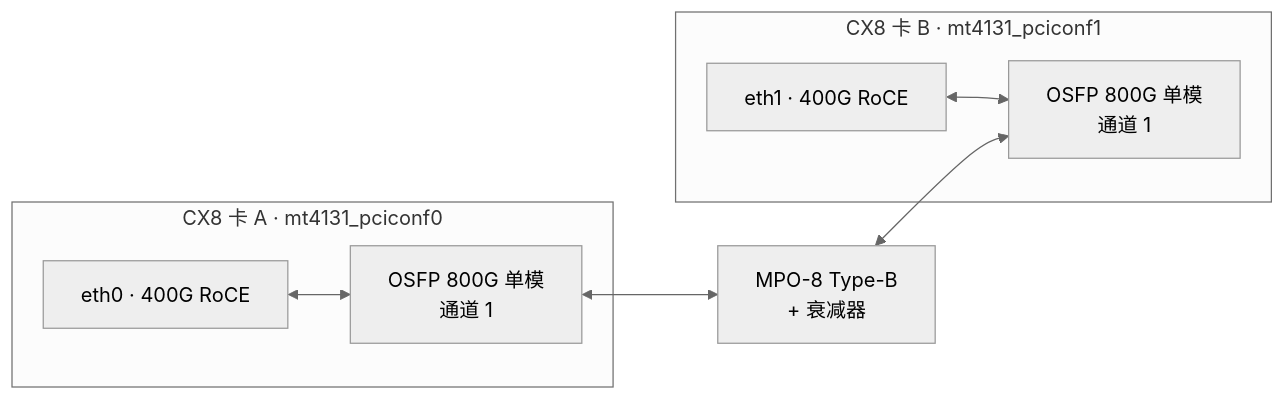
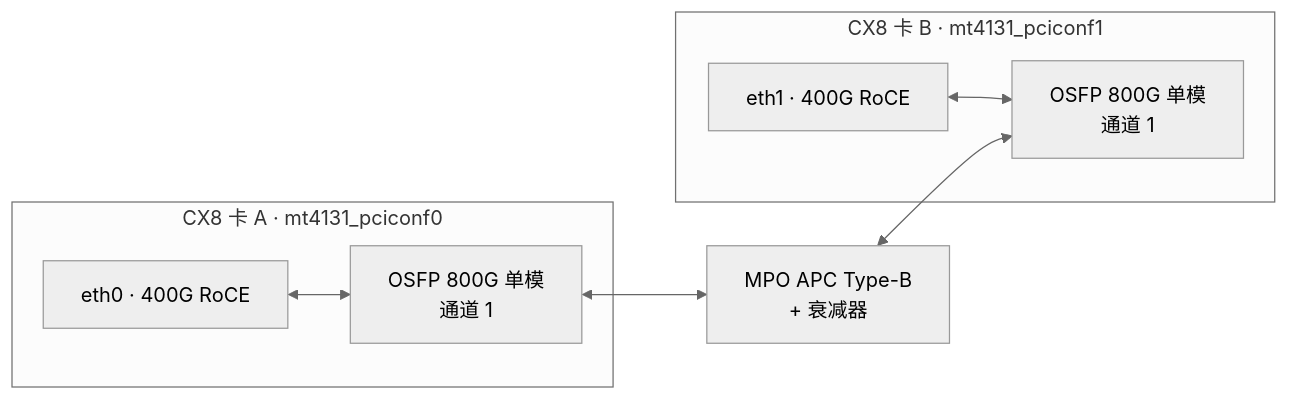
Before and after one commit to mengxidong-manager/nvidia: the second of 3 diagrams in docs/cx8-loopback.md, drawn with Mermaid (neutral theme). The commit also changed other lines of this file, not shown here.

First line of the commit message:
docs: 修正 CX8 自环手册与 800G 光模块文档的 OSFP/MPO 错误

````diff
--- a/docs/cx8-loopback.md
+++ b/docs/cx8-loopback.md
@@ -68,15 +91,15 @@
 ```mermaid
 graph LR
   subgraph A["CX8 卡 A · mt4131_pciconf0"]
     e0["eth0 · 400G RoCE"]
     m0["OSFP 800G 单模<br/>通道 1"]
     e0 <--> m0
   end
   subgraph B["CX8 卡 B · mt4131_pciconf1"]
     e1["eth1 · 400G RoCE"]
     m1["OSFP 800G 单模<br/>通道 1"]
     e1 <--> m1
   end
-  m0 <--> J["MPO-8 Type-B<br/>+ 衰减器"]
+  m0 <--> J["MPO APC Type-B<br/>+ 衰减器"]
   J <--> m1
 ```
````
